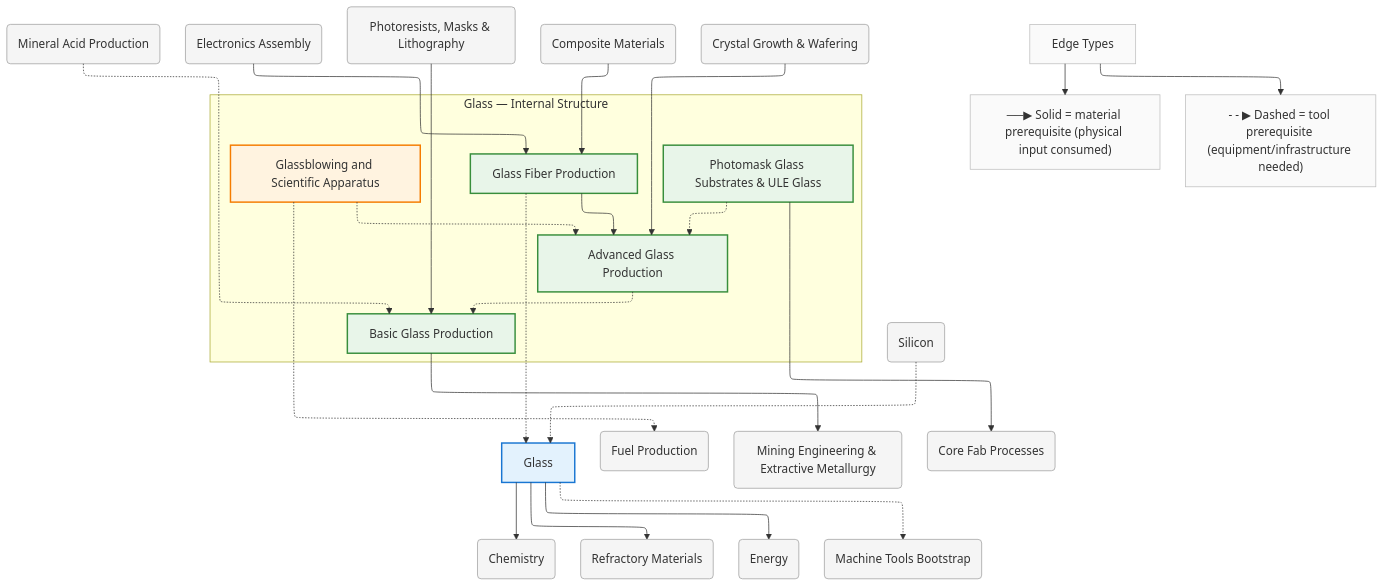
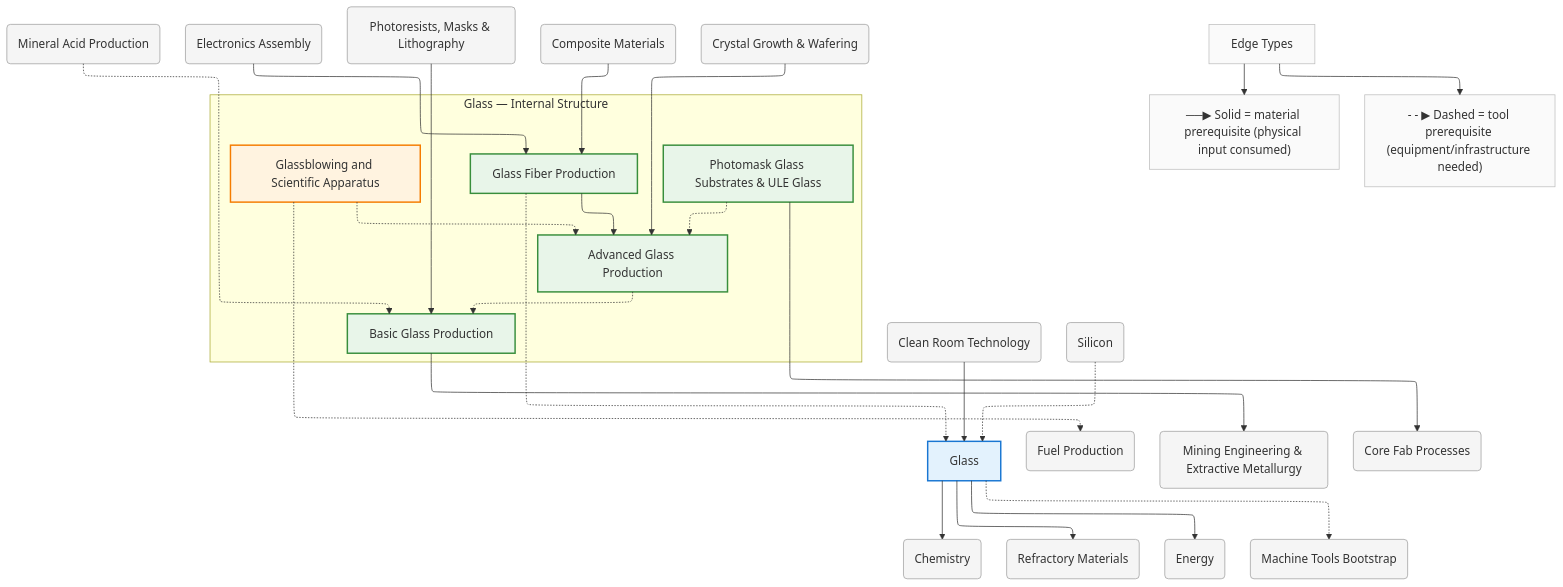
One commit to egofree/TechTree changed the diagram in diagrams/mermaid/glass.mmd. Above: the diagram before and after it, drawn with Mermaid. The commit also changed 56 other files, not shown here.

```diff
--- a/diagrams/mermaid/glass.mmd
+++ b/diagrams/mermaid/glass.mmd
@@ -1,86 +1,89 @@
 %%{init: {"flowchart": {"defaultRenderer": "elk", "htmlLabels": true}}}%%
 graph TD
     %% Domain: Glass
 
     %% ==================== INTERNAL NODES ====================
     subgraph glass_internal ["Glass — Internal Structure"]
         direction TB
         glass_basic["Basic Glass Production"]
         glass_advanced["Advanced Glass Production"]
         glass_advanced_glassblowing["Glassblowing and Scientific Apparatus"]
         glass_fibers["Glass Fiber Production"]
         glass_photomask-substrates["Photomask Glass Substrates & ULE Glass"]
     end
 
     %% ==================== DOMAIN NODE ====================
     glass["Glass"]
 
     %% ==================== EXTERNAL DEPENDENCIES ====================
     chemistry("Chemistry")
     chemistry_acids("Mineral Acid Production")
     chemistry_refractories("Refractory Materials")
+    cleanrooms("Clean Room Technology")
     electronics_assembly("Electronics Assembly")
     energy("Energy")
     energy_fuels("Fuel Production")
     machine-tools("Machine Tools Bootstrap")
     mining("Mining Engineering & Extractive Metallurgy")
     photolithography_fab-processes("Core Fab Processes")
     photolithography_resists-masks("Photoresists, Masks & Lithography")
     polymers_composites("Composite Materials")
     silicon("Silicon")
     silicon_crystal-growth("Crystal Growth & Wafering")
 
     %% ==================== EDGES ====================
     glass_advanced -.-> glass_basic
     glass_advanced_glassblowing -.-> glass_advanced
     glass_fibers -.-> glass
     glass_fibers --> glass_advanced
     glass_photomask-substrates -.-> glass_advanced
     glass_basic --> mining
     chemistry_acids -.-> glass_basic
     glass -.-> machine-tools
     glass --> energy
     glass --> chemistry
     silicon -.-> glass
     silicon_crystal-growth --> glass_advanced
     glass_advanced_glassblowing -.-> energy_fuels
     glass --> chemistry_refractories
     polymers_composites --> glass_fibers
     photolithography_resists-masks --> glass_basic
     electronics_assembly --> glass_fibers
     glass_photomask-substrates --> photolithography_fab-processes
+    cleanrooms --> glass
 
     %% ==================== EDGE TYPE LEGEND ====================
     EdgeLegend["Edge Types"]
     EdgeLegend --> MatNote["──▶ Solid = material prerequisite (physical input consumed)"]
     EdgeLegend --> ToolNote["- - ▶ Dashed = tool prerequisite (equipment/infrastructure needed)"]
 
     %% ==================== STYLING ====================
     classDef domain fill:#e3f2fd,stroke:#1976d2,stroke-width:2px
     classDef capability fill:#e8f5e9,stroke:#388e3c,stroke-width:2px
     classDef process fill:#fff3e0,stroke:#f57c00,stroke-width:2px
     classDef critical fill:#fff3e0,stroke:#f57c00,stroke-width:3px
     classDef earlyWin fill:#e8f5e9,stroke:#388e3c,stroke-width:3px
     classDef pinnacle fill:#fce4ec,stroke:#c62828,stroke-width:3px
     classDef external fill:#f5f5f5,stroke:#9e9e9e,stroke-width:1px
     classDef legend fill:#fafafa,stroke:#bdbdbd,stroke-width:1px
     class glass domain
     class glass_basic capability
     class glass_advanced capability
     class glass_advanced_glassblowing process
     class glass_fibers capability
     class glass_photomask-substrates capability
     class chemistry external
     class chemistry_acids external
     class chemistry_refractories external
+    class cleanrooms external
     class electronics_assembly external
     class energy external
     class energy_fuels external
     class machine-tools external
     class mining external
     class photolithography_fab-processes external
     class photolithography_resists-masks external
     class polymers_composites external
     class silicon external
     class silicon_crystal-growth external
     class EdgeLegend,MatNote,ToolNote legend
```
